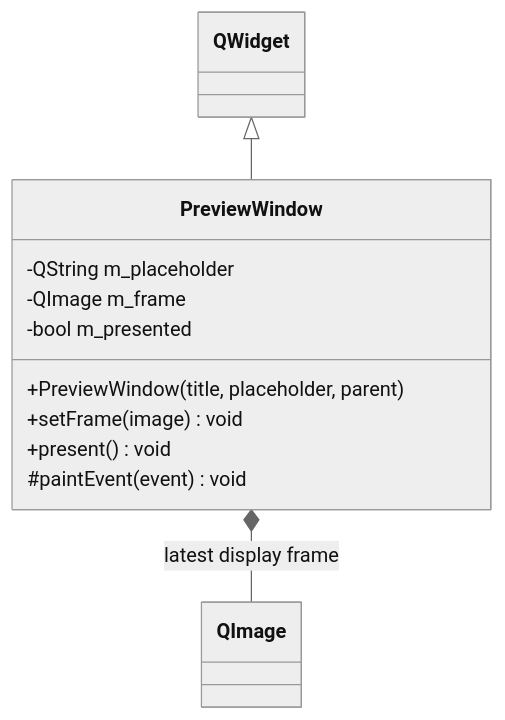
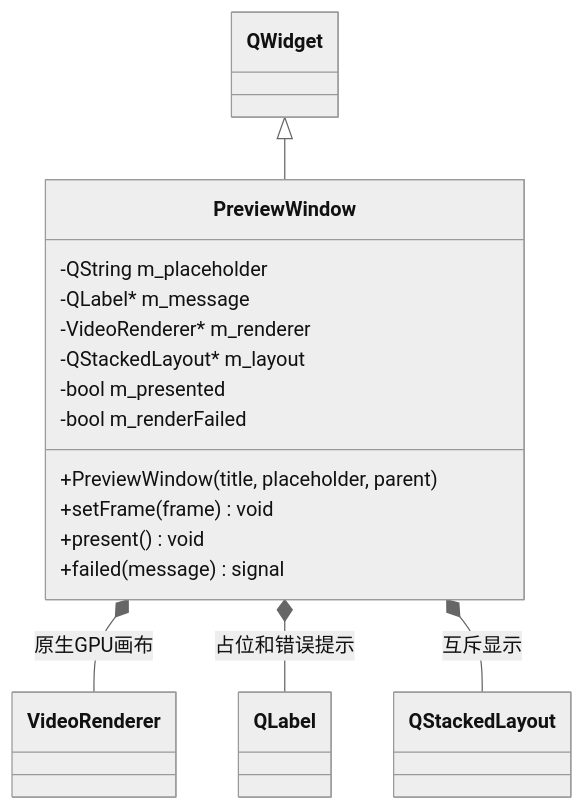
Before and after one commit to kingsman-svg/OBS: the diagram in docs/uml/PreviewWindow.mmd, drawn with Mermaid (neutral theme). The commit also changed 59 other files, not shown here.

Commit message:
feat: render capture preview with D3D11 swap chain

```diff
--- a/docs/uml/PreviewWindow.mmd
+++ b/docs/uml/PreviewWindow.mmd
@@ -1,12 +1,17 @@
 classDiagram
 class PreviewWindow {
   -QString m_placeholder
-  -QImage m_frame
+  -QLabel* m_message
+  -VideoRenderer* m_renderer
+  -QStackedLayout* m_layout
   -bool m_presented
+  -bool m_renderFailed
   +PreviewWindow(title, placeholder, parent)
-  +setFrame(image) void
+  +setFrame(frame) void
   +present() void
-  #paintEvent(event) void
+  +failed(message) signal
 }
 QWidget <|-- PreviewWindow
-PreviewWindow *-- QImage : latest display frame
+PreviewWindow *-- VideoRenderer : 原生GPU画布
+PreviewWindow *-- QLabel : 占位和错误提示
+PreviewWindow *-- QStackedLayout : 互斥显示
```
